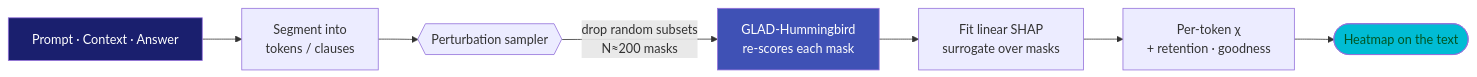
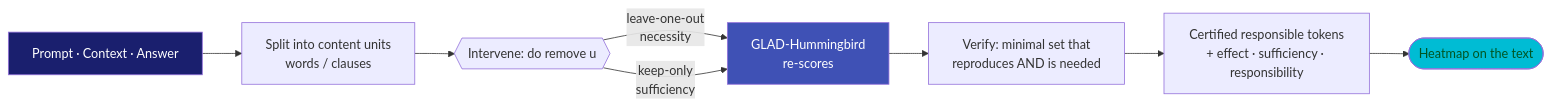
The diagram in docs/gateway/causal-xai.md (geodesia-ai/geodesia-docs), drawn with Mermaid before and after one commit. The commit also changed other lines of this file and 25 other files, not shown here.

First line of the commit message:
docs: nove assi, MuPAX al posto di SHAP, Policy Lens e il controllo dei token

````diff
--- a/docs/gateway/causal-xai.md
+++ b/docs/gateway/causal-xai.md
@@ -13,12 +77,13 @@
 ```mermaid
 flowchart LR
-    A[Prompt · Context · Answer] --> B[Segment into<br/>tokens / clauses]
-    B --> C{{Perturbation sampler}}
-    C -->|drop random subsets<br/>N≈200 masks| D[GLAD-Hummingbird<br/>re-scores each mask]
-    D --> E[Fit linear SHAP<br/>surrogate over masks]
-    E --> F[Per-token χ<br/>+ retention · goodness]
+    A[Prompt · Context · Answer] --> B[Split into content units<br/>words / clauses]
+    B --> C{{Intervene: do remove u}}
+    C -->|leave-one-out<br/>necessity| D[GLAD-Hummingbird<br/>re-scores]
+    C -->|keep-only<br/>sufficiency| D
+    D --> E[Verify: minimal set that<br/>reproduces AND is needed]
+    E --> F[Certified responsible tokens<br/>+ effect · sufficiency · responsibility]
     F --> G([Heatmap on the text])
     style A fill:#1a1f6e,color:#fff
     style D fill:#3f51b5,color:#fff
     style G fill:#00bcd4,color:#052
 ```
````
